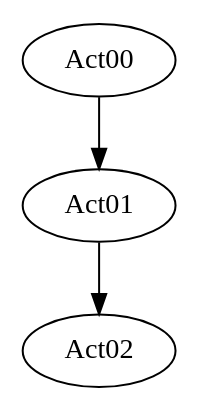
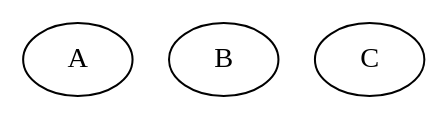
The diagram in _posts/personal_ipynb/Digraph.gv (frhyme/frhyme.github.io), drawn with Graphviz before and after one commit. The commit also changed 22 other files, not shown here.

```diff
--- a/_posts/personal_ipynb/Digraph.gv
+++ b/_posts/personal_ipynb/Digraph.gv
@@ -1,8 +1,6 @@
-// business process
+// The Round Table
 digraph {
-	Act00
-	Act01
-	Act02
-	Act00 -> Act01
-	Act01 -> Act02
+	A
+	B
+	C
 }
```
